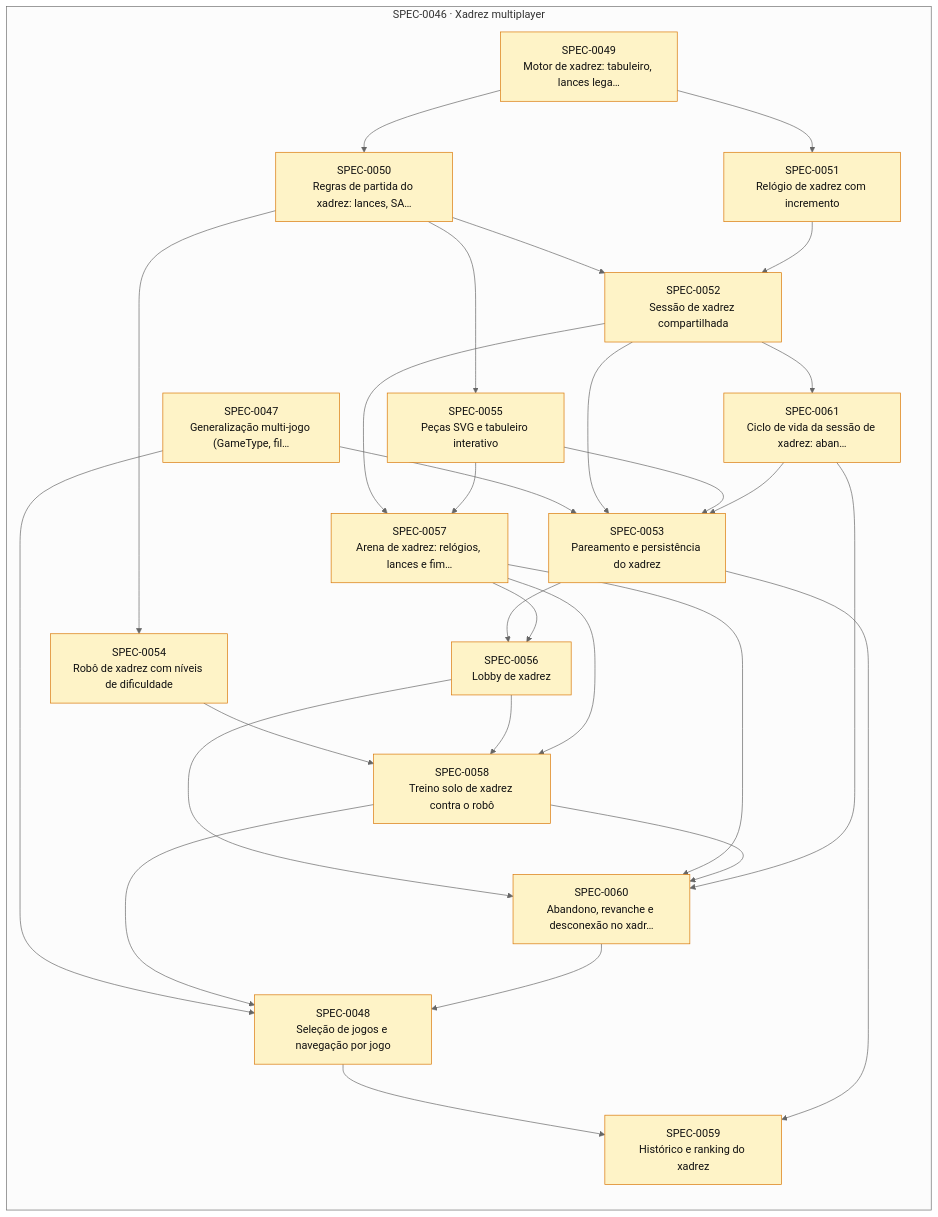
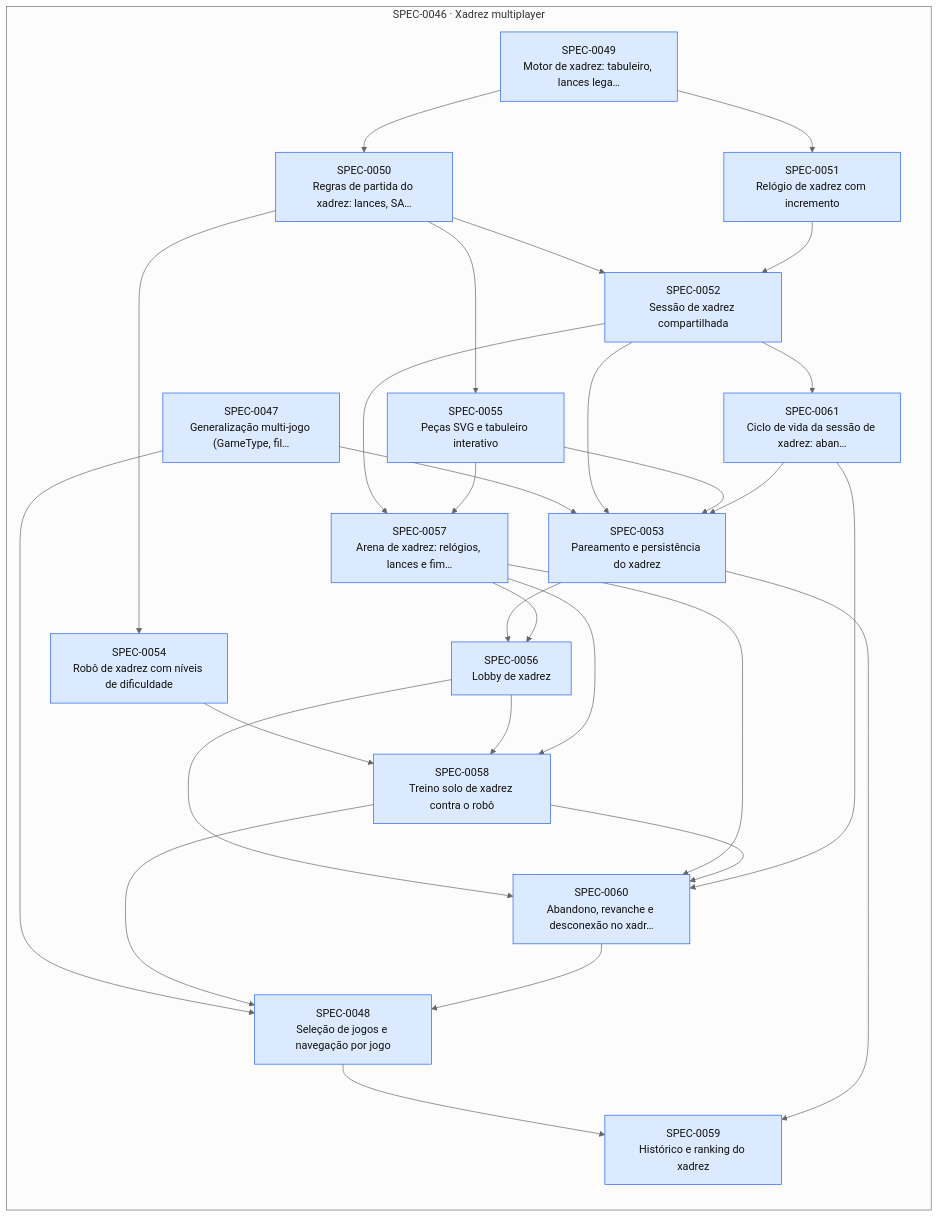
One commit to thomasravache/jogo-da-velha-multiplayer changed the diagram in docs/specs/INDEX.md. Above: the diagram before and after it, drawn with Mermaid (neutral theme). The commit also changed other lines of this file and 19 other files, not shown here.

````diff
--- a/docs/specs/INDEX.md
+++ b/docs/specs/INDEX.md
@@ -51,52 +51,52 @@
 ```mermaid
 flowchart LR
   subgraph E0046["SPEC-0046 · Xadrez multiplayer"]
-    S0047["SPEC-0047<br/>Generalização multi-jogo (GameType, fil…"]:::proposed
-    S0048["SPEC-0048<br/>Seleção de jogos e navegação por jogo"]:::proposed
-    S0049["SPEC-0049<br/>Motor de xadrez: tabuleiro, lances lega…"]:::proposed
-    S0050["SPEC-0050<br/>Regras de partida do xadrez: lances, SA…"]:::proposed
-    S0051["SPEC-0051<br/>Relógio de xadrez com incremento"]:::proposed
-    S0052["SPEC-0052<br/>Sessão de xadrez compartilhada"]:::proposed
-    S0053["SPEC-0053<br/>Pareamento e persistência do xadrez"]:::proposed
-    S0054["SPEC-0054<br/>Robô de xadrez com níveis de dificuldade"]:::proposed
-    S0055["SPEC-0055<br/>Peças SVG e tabuleiro interativo"]:::proposed
-    S0056["SPEC-0056<br/>Lobby de xadrez"]:::proposed
-    S0057["SPEC-0057<br/>Arena de xadrez: relógios, lances e fim…"]:::proposed
-    S0058["SPEC-0058<br/>Treino solo de xadrez contra o robô"]:::proposed
-    S0059["SPEC-0059<br/>Histórico e ranking do xadrez"]:::proposed
-    S0060["SPEC-0060<br/>Abandono, revanche e desconexão no xadr…"]:::proposed
-    S0061["SPEC-0061<br/>Ciclo de vida da sessão de xadrez: aban…"]:::proposed
+    S0047["SPEC-0047<br/>Generalização multi-jogo (GameType, fil…"]:::approved
+    S0048["SPEC-0048<br/>Seleção de jogos e navegação por jogo"]:::approved
+    S0049["SPEC-0049<br/>Motor de xadrez: tabuleiro, lances lega…"]:::approved
+    S0050["SPEC-0050<br/>Regras de partida do xadrez: lances, SA…"]:::approved
+    S0051["SPEC-0051<br/>Relógio de xadrez com incremento"]:::approved
+    S0052["SPEC-0052<br/>Sessão de xadrez compartilhada"]:::approved
+    S0053["SPEC-0053<br/>Pareamento e persistência do xadrez"]:::approved
+    S0054["SPEC-0054<br/>Robô de xadrez com níveis de dificuldade"]:::approved
+    S0055["SPEC-0055<br/>Peças SVG e tabuleiro interativo"]:::approved
+    S0056["SPEC-0056<br/>Lobby de xadrez"]:::approved
+    S0057["SPEC-0057<br/>Arena de xadrez: relógios, lances e fim…"]:::approved
+    S0058["SPEC-0058<br/>Treino solo de xadrez contra o robô"]:::approved
+    S0059["SPEC-0059<br/>Histórico e ranking do xadrez"]:::approved
+    S0060["SPEC-0060<br/>Abandono, revanche e desconexão no xadr…"]:::approved
+    S0061["SPEC-0061<br/>Ciclo de vida da sessão de xadrez: aban…"]:::approved
   end
   S0047 --> S0048
   S0058 --> S0048
   S0060 --> S0048
   S0049 --> S0050
   S0049 --> S0051
   S0050 --> S0052
   S0051 --> S0052
   S0047 --> S0053
   S0052 --> S0053
   S0055 --> S0053
   S0061 --> S0053
   S0050 --> S0054
   S0050 --> S0055
   S0053 --> S0056
   S0057 --> S0056
   S0052 --> S0057
   S0055 --> S0057
   S0054 --> S0058
   S0056 --> S0058
   S0057 --> S0058
   S0048 --> S0059
   S0053 --> S0059
   S0056 --> S0060
   S0057 --> S0060
   S0058 --> S0060
   S0061 --> S0060
   S0052 --> S0061
   classDef proposed fill:#fef3c7,stroke:#d97706,color:#111
   classDef approved fill:#dbeafe,stroke:#2563eb,color:#111
   classDef inprogress fill:#ede9fe,stroke:#7c3aed,color:#111
   classDef implemented fill:#dcfce7,stroke:#16a34a,color:#111
   classDef deprecated fill:#f3f4f6,stroke:#9ca3af,color:#6b7280
 ```
````
